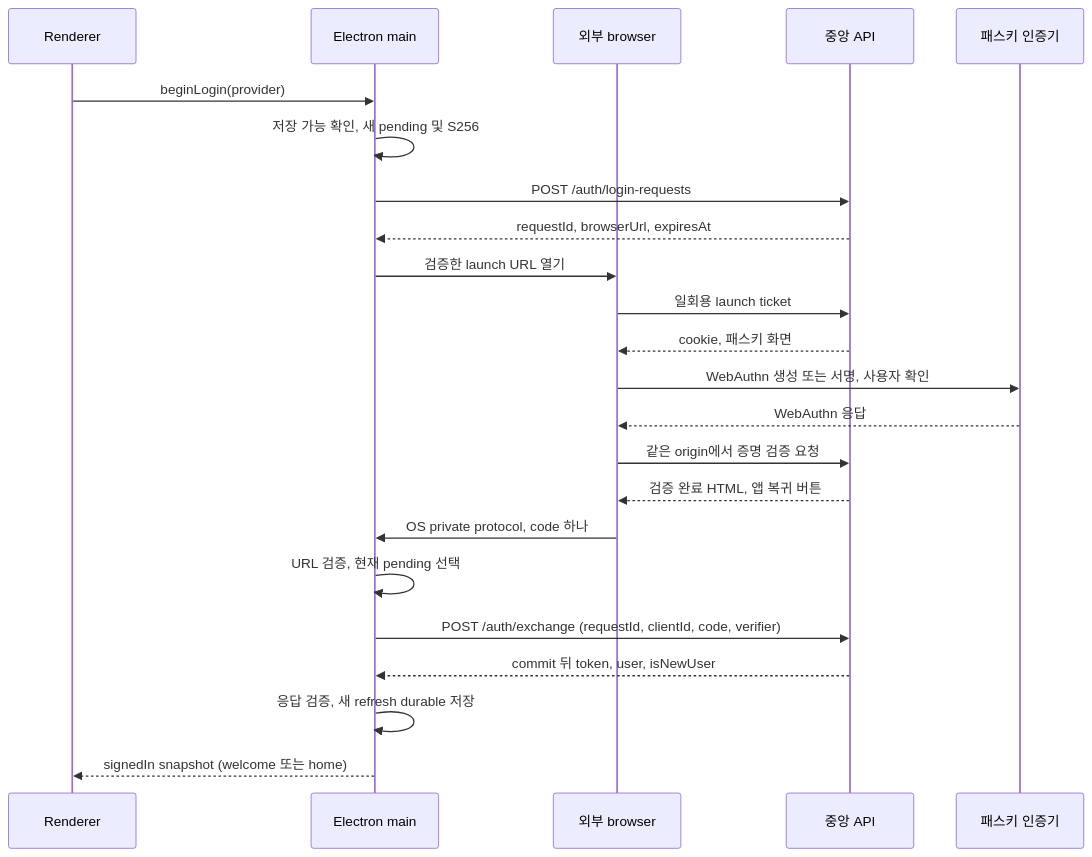
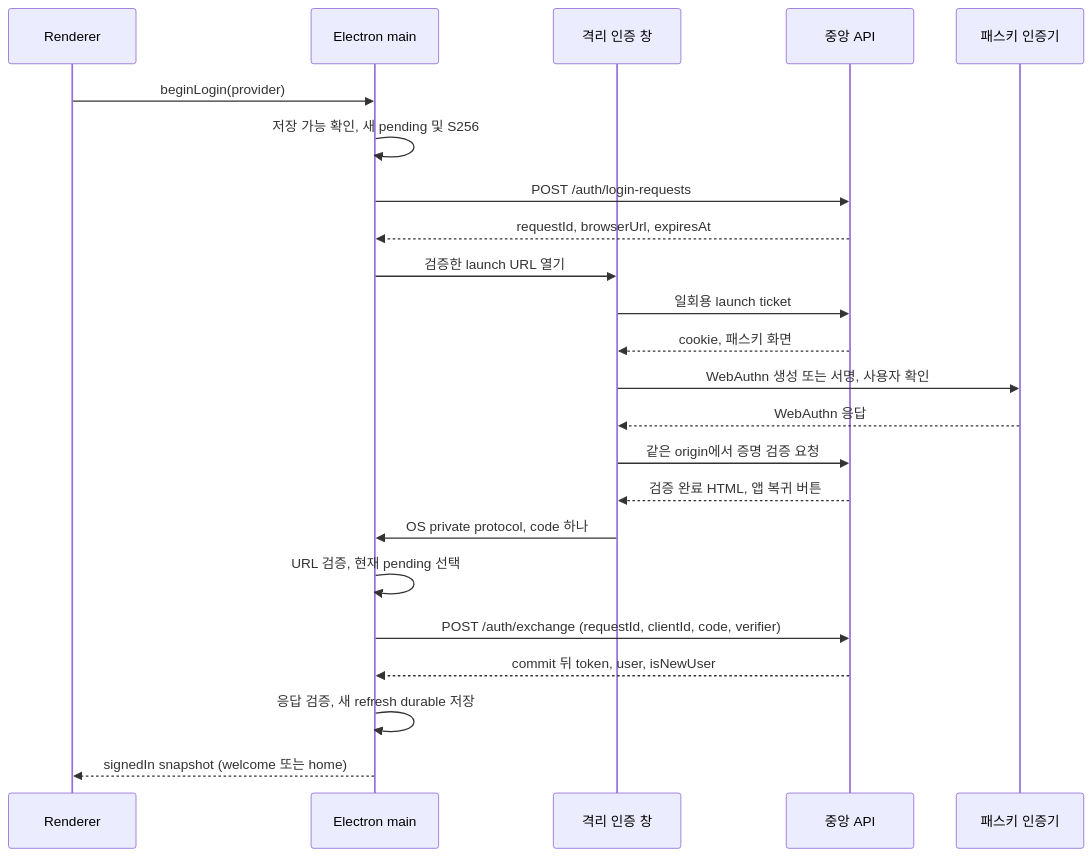
The diagram in docs/rules/desktop-auth-lifecycle.md (blahaj94/dfragon), drawn with Mermaid before and after one commit. The commit also changed other lines of this file and 37 other files, not shown here.

````diff
--- a/docs/rules/desktop-auth-lifecycle.md
+++ b/docs/rules/desktop-auth-lifecycle.md
@@ -46,25 +46,25 @@
 ```mermaid
 sequenceDiagram
     participant R as Renderer
     participant M as Electron main
-    participant B as 외부 browser
+    participant B as 격리 인증 창
     participant A as 중앙 API
     participant P as 패스키 인증기
     R->>M: beginLogin(provider)
     M->>M: 저장 가능 확인, 새 pending 및 S256
     M->>A: POST /auth/login-requests
     A-->>M: requestId, browserUrl, expiresAt
     M->>B: 검증한 launch URL 열기
     B->>A: 일회용 launch ticket
     A-->>B: cookie, 패스키 화면
     B->>P: WebAuthn 생성 또는 서명, 사용자 확인
     P-->>B: WebAuthn 응답
     B->>A: 같은 origin에서 증명 검증 요청
     A-->>B: 검증 완료 HTML, 앱 복귀 버튼
     B->>M: OS private protocol, code 하나
     M->>M: URL 검증, 현재 pending 선택
     M->>A: POST /auth/exchange (requestId, clientId, code, verifier)
     A-->>M: commit 뒤 token, user, isNewUser
     M->>M: 응답 검증, 새 refresh durable 저장
     M-->>R: signedIn snapshot (welcome 또는 home)
 ```
````
